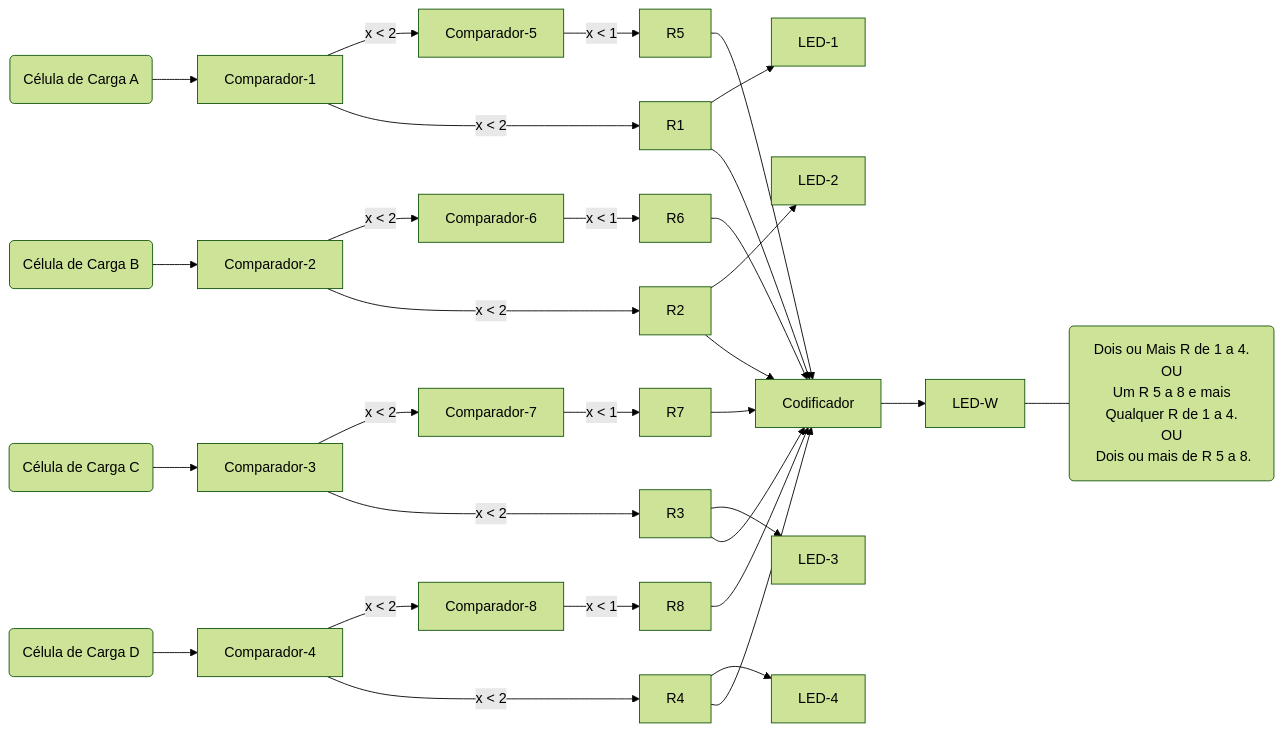
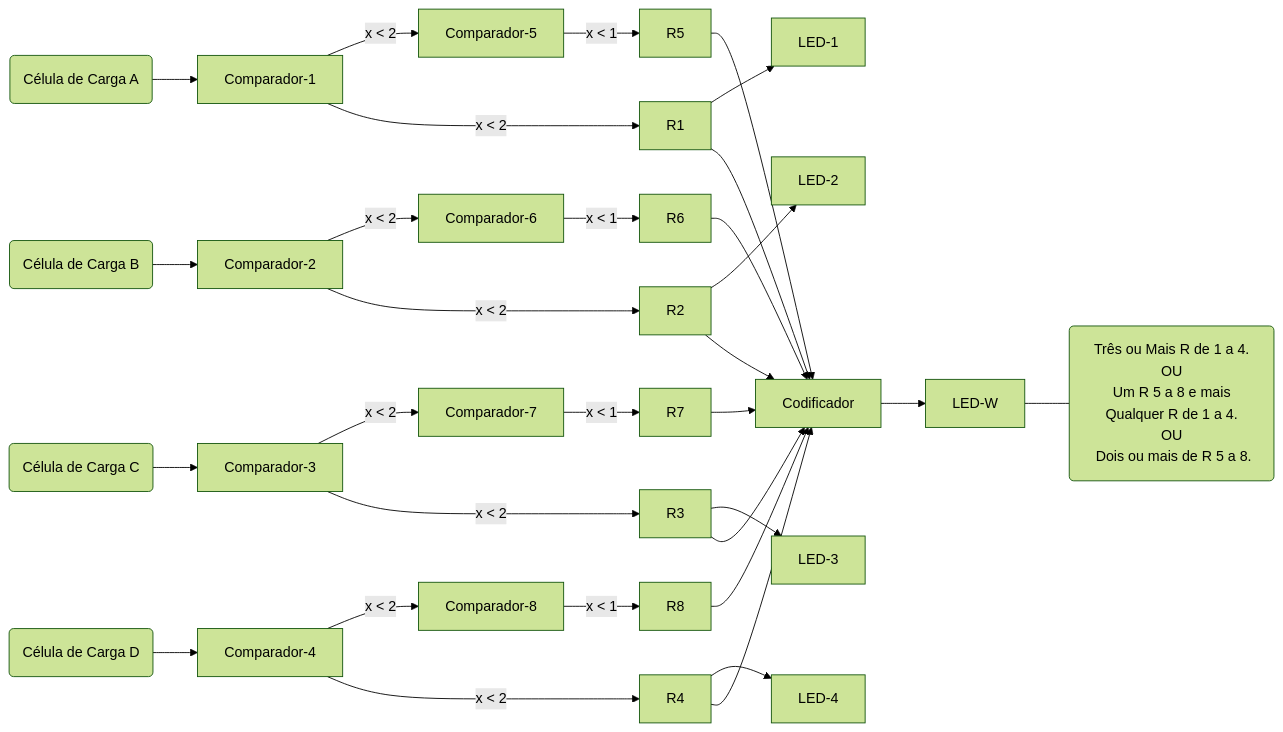
The second of 3 diagrams in README.md (Enzo0100/Solar-Quality), drawn with Mermaid (forest theme) before and after one commit. The commit also changed other lines of this file, not shown here.

````diff
--- a/README.md
+++ b/README.md
@@ -126,33 +126,33 @@
 ```mermaid
 graph LR; 
 sensorA(Célula de Carga A)-->Comparador-1
 sensorB(Célula de Carga B)-->Comparador-2
 sensorC(Célula de Carga C)-->Comparador-3
 sensorD(Célula de Carga D)-->Comparador-4
 Comparador-1-->|x < 2|Comparador-5
 Comparador-2-->|x < 2|Comparador-6
 Comparador-3-->|x < 2|Comparador-7
 Comparador-4-->|x < 2|Comparador-8
 Comparador-1-->|x < 2|R1
 Comparador-2-->|x < 2|R2
 Comparador-3-->|x < 2|R3
 Comparador-4-->|x < 2|R4
 Comparador-5-->|x < 1|R5
 Comparador-6-->|x < 1|R6
 Comparador-7-->|x < 1|R7
 Comparador-8-->|x < 1|R8
 R1-->LED-1
 R2-->LED-2
 R3-->LED-3
 R4-->LED-4
 R1-->Codificador
 R2-->Codificador
 R3-->Codificador
 R4-->Codificador
 R5-->Codificador
 R6-->Codificador
 R7-->Codificador
 R8-->Codificador
 Codificador-->LED-W
-LED-W---led(Dois ou Mais R de 1 a 4.\nOU\n Um R 5 a 8 e mais Qualquer R de 1 a 4.\nOU\n Dois ou mais de R 5 a 8.)
+LED-W---led(Três ou Mais R de 1 a 4.\nOU\n Um R 5 a 8 e mais Qualquer R de 1 a 4.\nOU\n Dois ou mais de R 5 a 8.)
 ```
````
